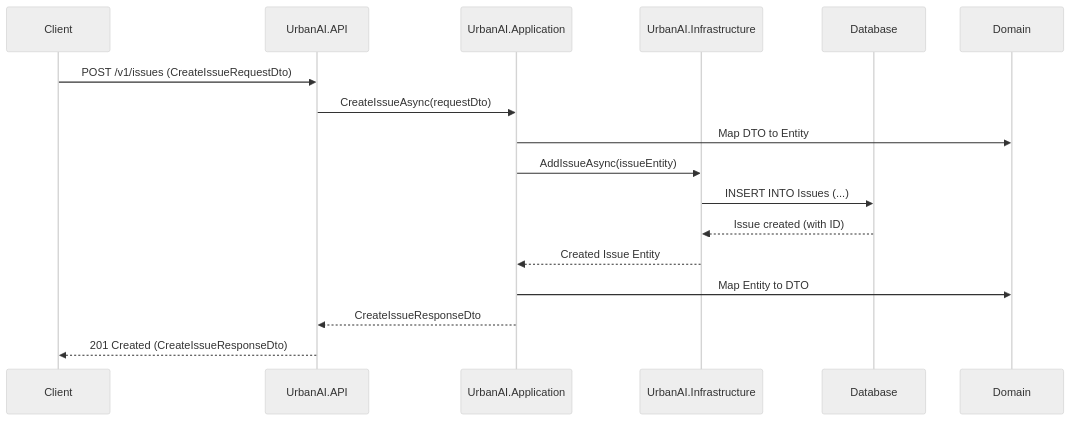
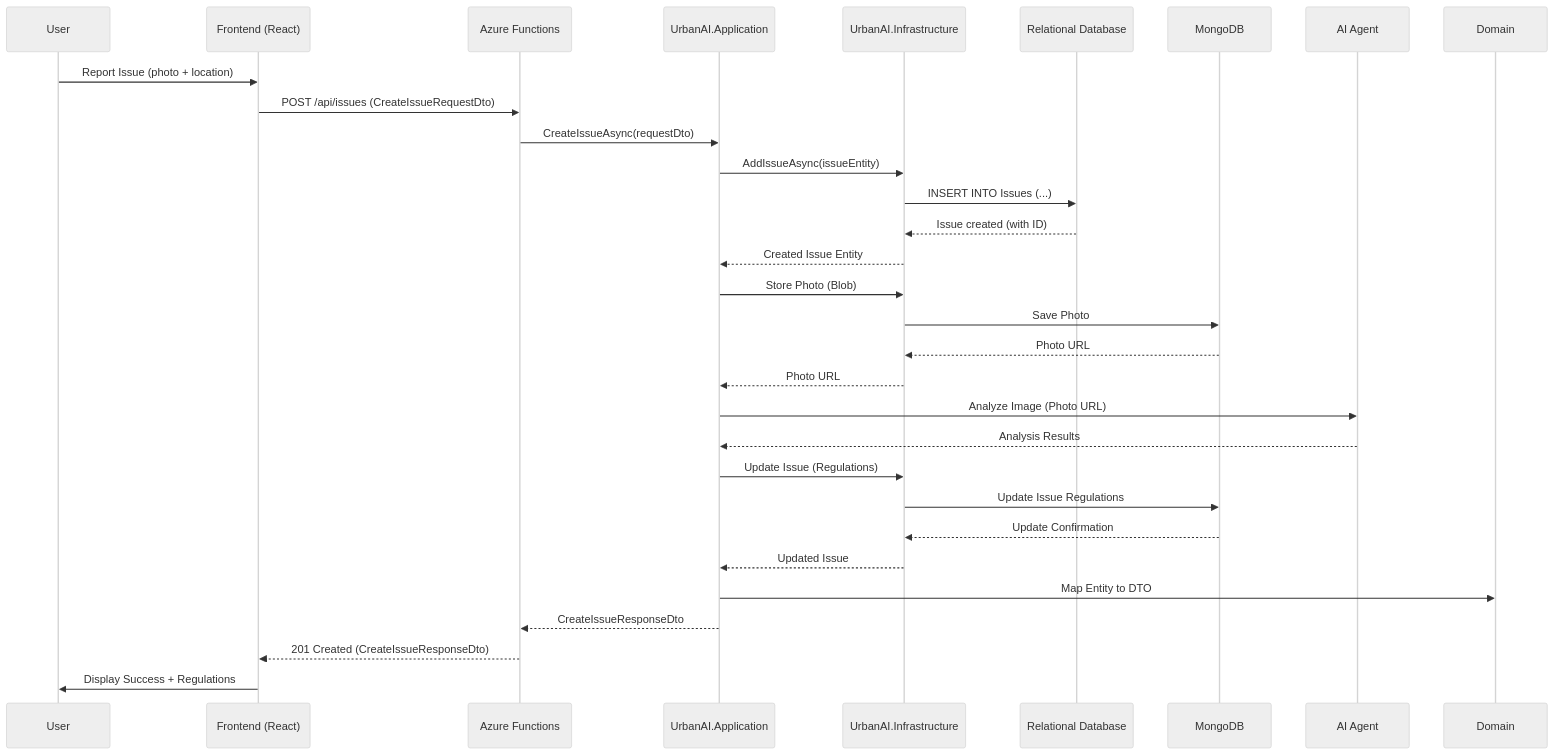
One commit to ipanov/UrbanAI changed the diagram in docs/sequence_diagram.md. Above: the diagram before and after it, drawn with Mermaid (neutral theme). The commit also changed other lines of this file and 17 other files, not shown here.

Commit message:
Migrate UrbanAI to Azure Functions: Refactored controllers to serverless functions, updated infrastructure, improved performance and scalability

````diff
--- a/docs/sequence_diagram.md
+++ b/docs/sequence_diagram.md
@@ -3,19 +3,33 @@
 ```mermaid
 sequenceDiagram
-    participant Client
-    participant API as UrbanAI.API
+    participant U as User
+    participant F as Frontend (React)
+    participant Func as Azure Functions
     participant App as UrbanAI.Application
     participant Infra as UrbanAI.Infrastructure
-    participant DB as Database
+    participant DB as Relational Database
+    participant Mongo as MongoDB
+    participant AI as AI Agent
 
-    Client->>API: POST /v1/issues (CreateIssueRequestDto)
-    API->>App: CreateIssueAsync(requestDto)
-    App->>Domain: Map DTO to Entity
+    U->>F: Report Issue (photo + location)
+    F->>Func: POST /api/issues (CreateIssueRequestDto)
+    Func->>App: CreateIssueAsync(requestDto)
     App->>Infra: AddIssueAsync(issueEntity)
     Infra->>DB: INSERT INTO Issues (...)
     DB-->>Infra: Issue created (with ID)
     Infra-->>App: Created Issue Entity
+    App->>Infra: Store Photo (Blob)
+    Infra->>Mongo: Save Photo
+    Mongo-->>Infra: Photo URL
+    Infra-->>App: Photo URL
+    App->>AI: Analyze Image (Photo URL)
+    AI-->>App: Analysis Results
+    App->>Infra: Update Issue (Regulations)
+    Infra->>Mongo: Update Issue Regulations
+    Mongo-->>Infra: Update Confirmation
+    Infra-->>App: Updated Issue
     App->>Domain: Map Entity to DTO
-    App-->>API: CreateIssueResponseDto
-    API-->>Client: 201 Created (CreateIssueResponseDto)
+    App-->>Func: CreateIssueResponseDto
+    Func-->>F: 201 Created (CreateIssueResponseDto)
+    F->>U: Display Success + Regulations
 ```
````
